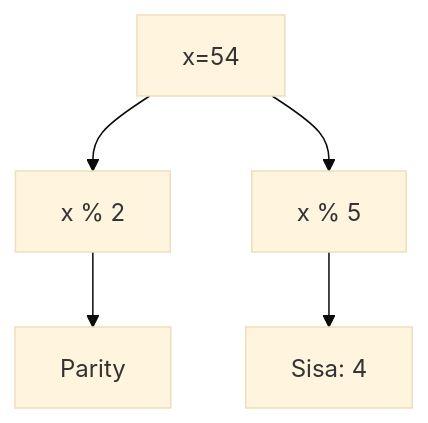
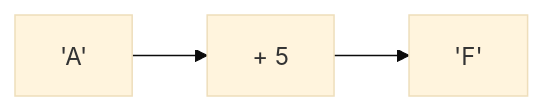
Before and after one commit to amnahwaida/OSNK_INF_PREP: diagram 19 of 25 in part-c-pemahaman-cpp/04-fungsi/latihan/set-05.md, drawn with Mermaid (base theme). The commit also changed other lines of this file and 71 other files, not shown here.

Commit message:
Fixed Mermaid syntax lexical errors with quoted labels in 1,800 questions

````diff
--- a/part-c-pemahaman-cpp/04-fungsi/latihan/set-05.md
+++ b/part-c-pemahaman-cpp/04-fungsi/latihan/set-05.md
@@ -536,7 +596,5 @@
 ```mermaid
-graph TD
-A[x=54] --> B[x % 2]
-B --> C[Parity]
-A --> D[x % 5]
-D --> E[Sisa: 4]
+graph LR
+A["'A'"] --> B["+ 5"]
+B --> C["'F'"]
 ```
````
